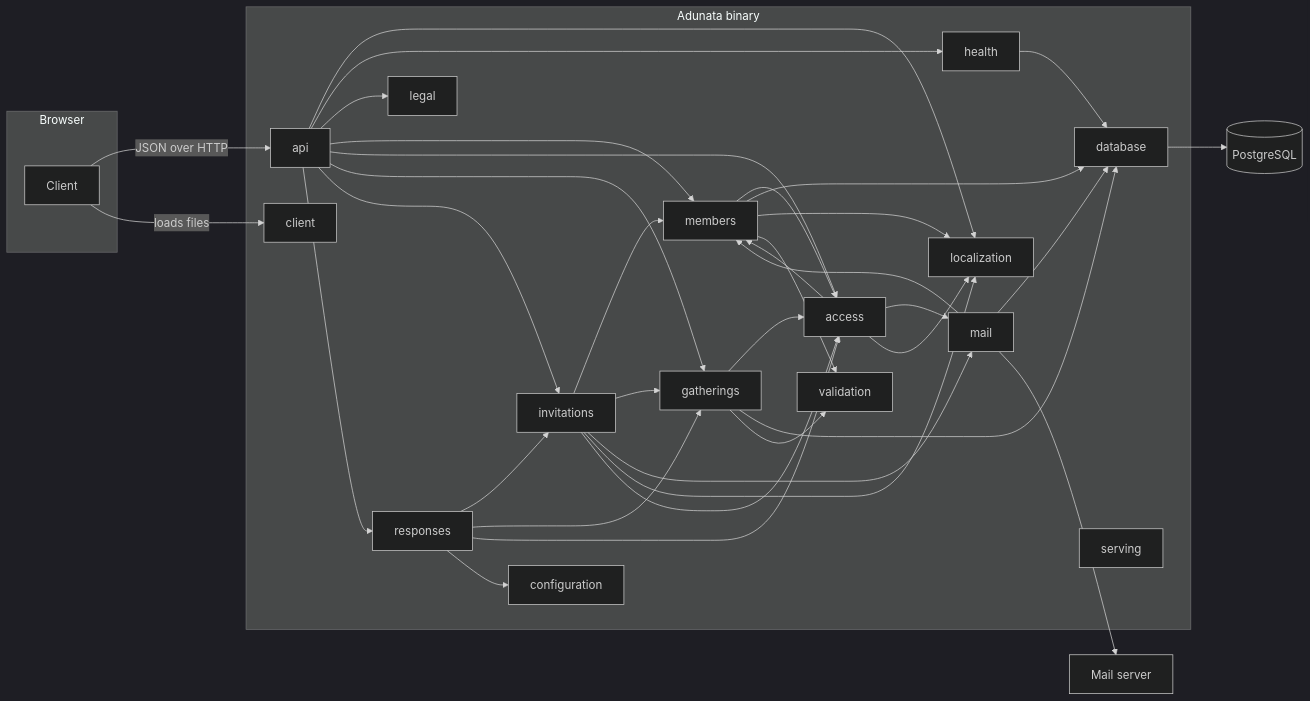
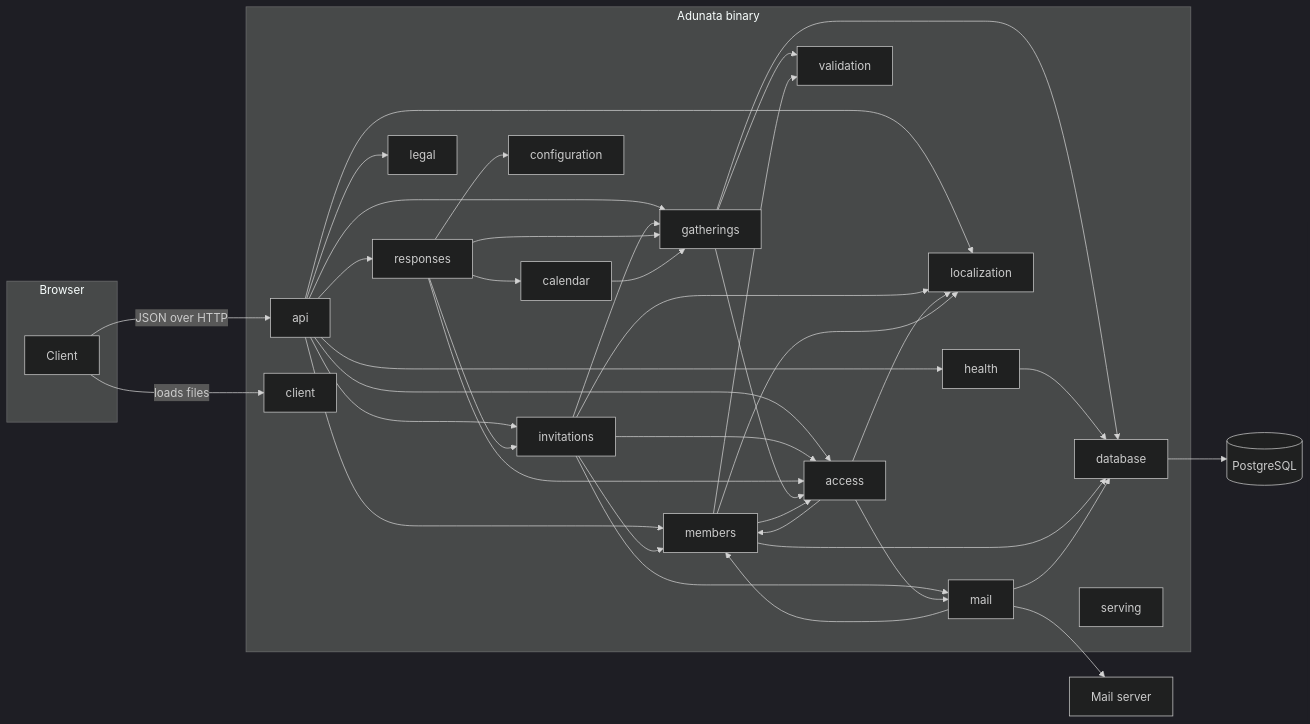
One commit to kammerchor-wernigerode/adunata changed the diagram in docs/arc42/05-building-block-view.md. Above: the diagram before and after it, drawn with Mermaid (dark theme). The commit also changed other lines of this file and 4 other files, not shown here.

First line of the commit message:
Record stable calendar UIDs of gatherings

````diff
--- a/docs/arc42/05-building-block-view.md
+++ b/docs/arc42/05-building-block-view.md
@@ -7,57 +7,60 @@
 ```mermaid
 flowchart LR
   subgraph browser[Browser]
     client[Client]
   end
   subgraph binary[Adunata binary]
     access[access]
     api[api]
+    calendar[calendar]
     clientModule[client]
     configuration[configuration]
     database[database]
     gatherings[gatherings]
     health[health]
     invitations[invitations]
     responses[responses]
     legal[legal]
     localization[localization]
     mail[mail]
     members[members]
     serving[serving]
     validation[validation]
   end
   client -- JSON over HTTP --> api
   client -- loads files --> clientModule
   api --> localization
   api --> health
   api --> legal
   api --> members
   api --> access
   api --> gatherings
   api --> invitations
   api --> responses
   invitations --> members
   invitations --> gatherings
   invitations --> mail
   invitations --> localization
   invitations --> access
   responses --> invitations
   responses --> gatherings
   responses --> access
   responses --> configuration
+  responses --> calendar
+  calendar --> gatherings
   gatherings --> access
   gatherings --> database
   gatherings --> validation
   access --> members
   access --> mail
   access --> localization
   members --> access
   health --> database
   members --> database
   members --> localization
   members --> validation
   mail --> members
   mail --> database
   database --> postgres[(PostgreSQL)]
   mail --> smtp[Mail server]
 ```
````
